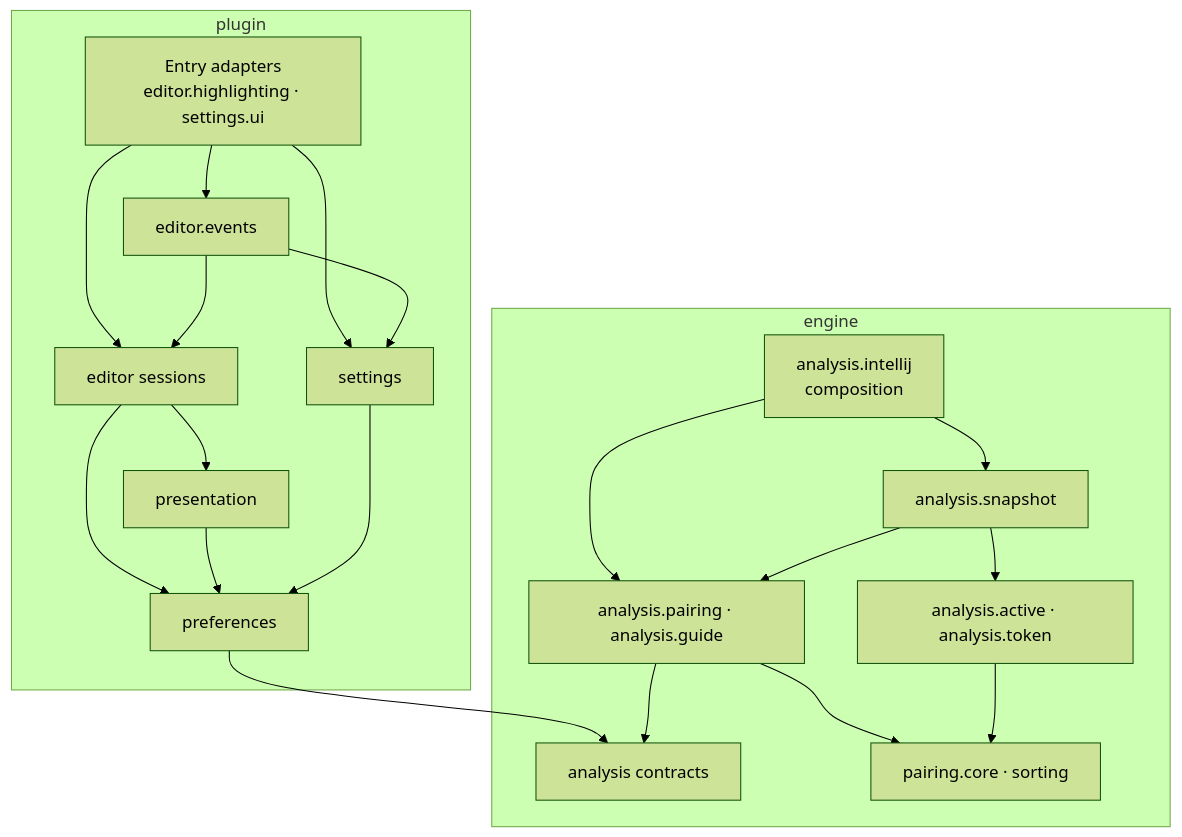
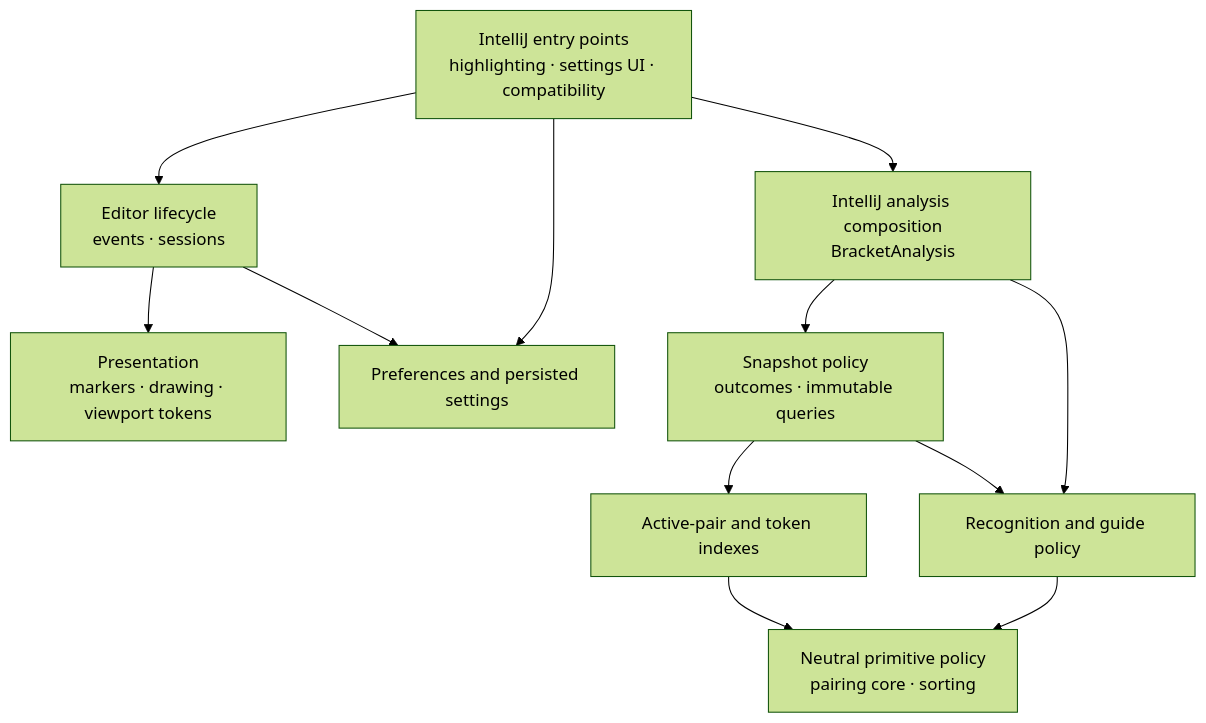
The diagram in docs/explanation_architecture.md (YangSiJun528/bracket-pair-guides), drawn with Mermaid (forest theme) before and after one commit. The commit also changed other lines of this file and 137 other files, not shown here.

Commit message:
Consolidate plugin architecture with ArchUnit

````diff
--- a/docs/explanation_architecture.md
+++ b/docs/explanation_architecture.md
@@ -14,39 +20,24 @@
 ```mermaid
 flowchart TB
-    subgraph Plugin["plugin"]
-        PE["Entry adapters<br/>editor.highlighting · settings.ui"]
-        EV["editor.events"]
-        ED["editor sessions"]
-        PR["presentation"]
-        ST["settings"]
-        PF["preferences"]
-    end
+    ENTRY["IntelliJ entry points<br/>highlighting · settings UI · compatibility"]
+    LIFE["Editor lifecycle<br/>events · sessions"]
+    VIEW["Presentation<br/>markers · drawing · viewport tokens"]
+    STATE["Preferences and persisted settings"]
+    HOST["IntelliJ analysis composition<br/>BracketAnalysis"]
+    RESULT["Snapshot policy<br/>outcomes · immutable queries"]
+    RECOG["Recognition and guide policy"]
+    INDEX["Active-pair and token indexes"]
+    CORE["Neutral primitive policy<br/>pairing core · sorting"]
 
-    subgraph Engine["engine"]
-        IJ["analysis.intellij<br/>composition"]
-        SN["analysis.snapshot"]
-        PA["analysis.pairing · analysis.guide"]
-        IX["analysis.active · analysis.token"]
-        API["analysis contracts"]
-        CORE["pairing.core · sorting"]
-    end
-
-    PE --> EV
-    PE --> ED
-    PE --> ST
-    EV --> ED
-    EV --> ST
-    ED --> PR
-    ED --> PF
-    PR --> PF
-    ST --> PF
-    PF --> API
-
-    IJ --> SN
-    IJ --> PA
-    SN --> PA
-    SN --> IX
-    PA --> API
-    PA --> CORE
-    IX --> CORE
+    ENTRY --> LIFE
+    ENTRY --> STATE
+    ENTRY --> HOST
+    LIFE --> VIEW
+    LIFE --> STATE
+    HOST --> RESULT
+    HOST --> RECOG
+    RESULT --> RECOG
+    RESULT --> INDEX
+    RECOG --> CORE
+    INDEX --> CORE
 ```
````
